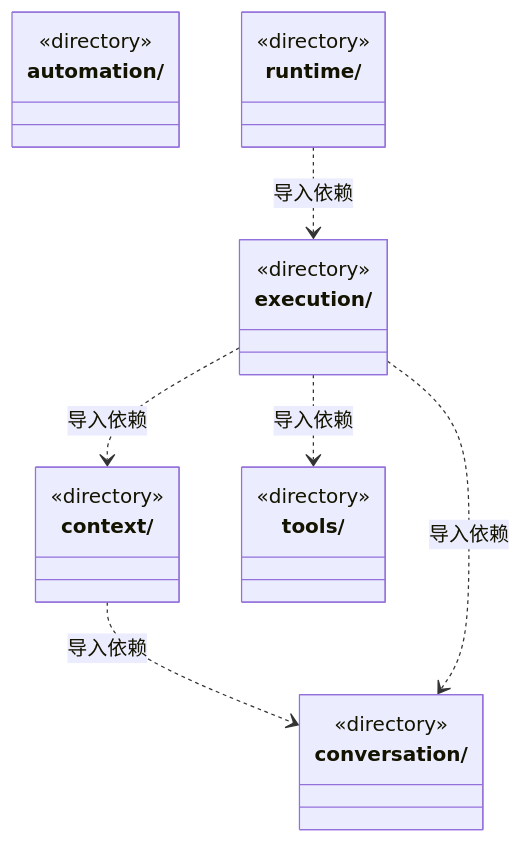
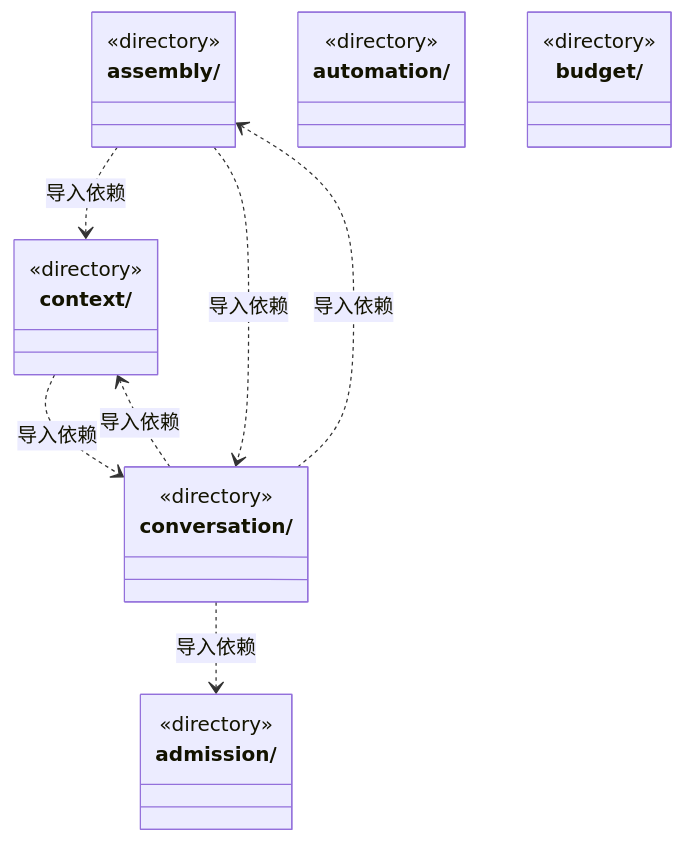
Before and after one commit to nan023062/cbim: the first of 6 diagrams in src/backend/scheduler-engine/ARCHITECTURE.md, drawn with Mermaid. The commit also changed other lines of this file and 971 other files, not shown here.

````diff
--- a/src/backend/scheduler-engine/ARCHITECTURE.md
+++ b/src/backend/scheduler-engine/ARCHITECTURE.md
@@ -15,26 +15,27 @@
 ```mermaid
 classDiagram
+class N_src_backend_scheduler_engine_admission["admission/"] {
+  <<directory>>
+}
+class N_src_backend_scheduler_engine_assembly["assembly/"] {
+  <<directory>>
+}
 class N_src_backend_scheduler_engine_automation["automation/"] {
+  <<directory>>
+}
+class N_src_backend_scheduler_engine_budget["budget/"] {
   <<directory>>
 }
 class N_src_backend_scheduler_engine_context["context/"] {
   <<directory>>
 }
 class N_src_backend_scheduler_engine_conversation["conversation/"] {
   <<directory>>
 }
-class N_src_backend_scheduler_engine_execution["execution/"] {
-  <<directory>>
-}
-class N_src_backend_scheduler_engine_runtime["runtime/"] {
-  <<directory>>
-}
-class N_src_backend_scheduler_engine_tools["tools/"] {
-  <<directory>>
-}
+N_src_backend_scheduler_engine_assembly ..> N_src_backend_scheduler_engine_context : 导入依赖
+N_src_backend_scheduler_engine_assembly ..> N_src_backend_scheduler_engine_conversation : 导入依赖
 N_src_backend_scheduler_engine_context ..> N_src_backend_scheduler_engine_conversation : 导入依赖
-N_src_backend_scheduler_engine_execution ..> N_src_backend_scheduler_engine_tools : 导入依赖
-N_src_backend_scheduler_engine_execution ..> N_src_backend_scheduler_engine_context : 导入依赖
-N_src_backend_scheduler_engine_execution ..> N_src_backend_scheduler_engine_conversation : 导入依赖
-N_src_backend_scheduler_engine_runtime ..> N_src_backend_scheduler_engine_execution : 导入依赖
+N_src_backend_scheduler_engine_conversation ..> N_src_backend_scheduler_engine_assembly : 导入依赖
+N_src_backend_scheduler_engine_conversation ..> N_src_backend_scheduler_engine_context : 导入依赖
+N_src_backend_scheduler_engine_conversation ..> N_src_backend_scheduler_engine_admission : 导入依赖
 ```
````
